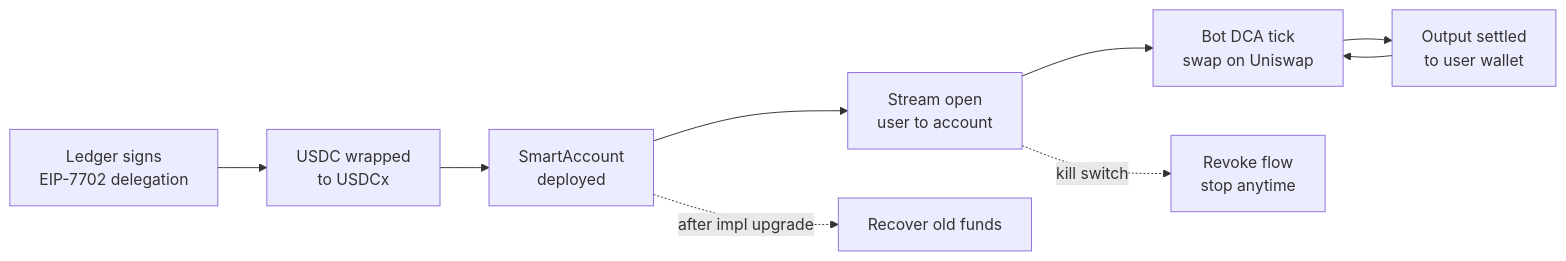
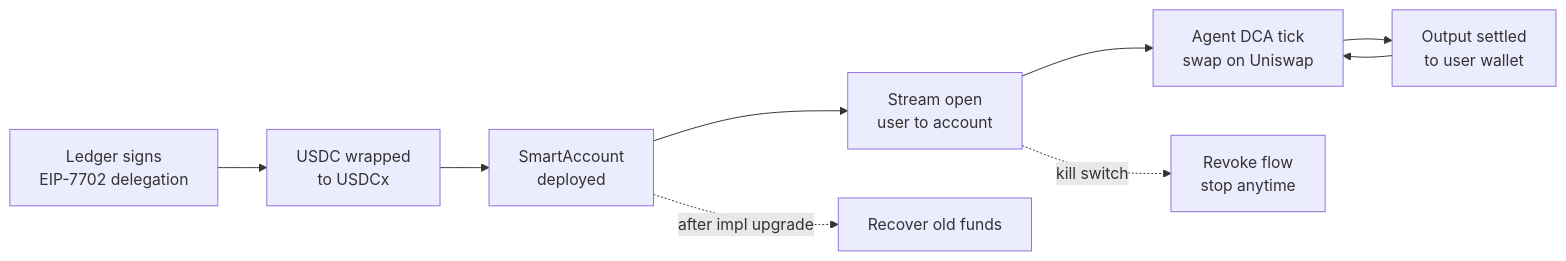
Before and after one commit to JulioMCruz/Streams: the fourth of 4 diagrams in README.md, drawn with Mermaid. The commit also changed other lines of this file, not shown here.

Commit message:
use stream vault agent branding in readme

````diff
--- a/README.md
+++ b/README.md
@@ -89,11 +89,11 @@
 ```mermaid
 flowchart LR
     A["Ledger signs<br/>EIP-7702 delegation"] --> B["USDC wrapped<br/>to USDCx"]
     B --> C["SmartAccount<br/>deployed"]
     C --> D["Stream open<br/>user to account"]
-    D --> E["Bot DCA tick<br/>swap on Uniswap"]
+    D --> E["Agent DCA tick<br/>swap on Uniswap"]
     E --> F["Output settled<br/>to user wallet"]
     F --> E
     D -.->|kill switch| G["Revoke flow<br/>stop anytime"]
     C -.->|after impl upgrade| H["Recover old funds"]
 ```
````
